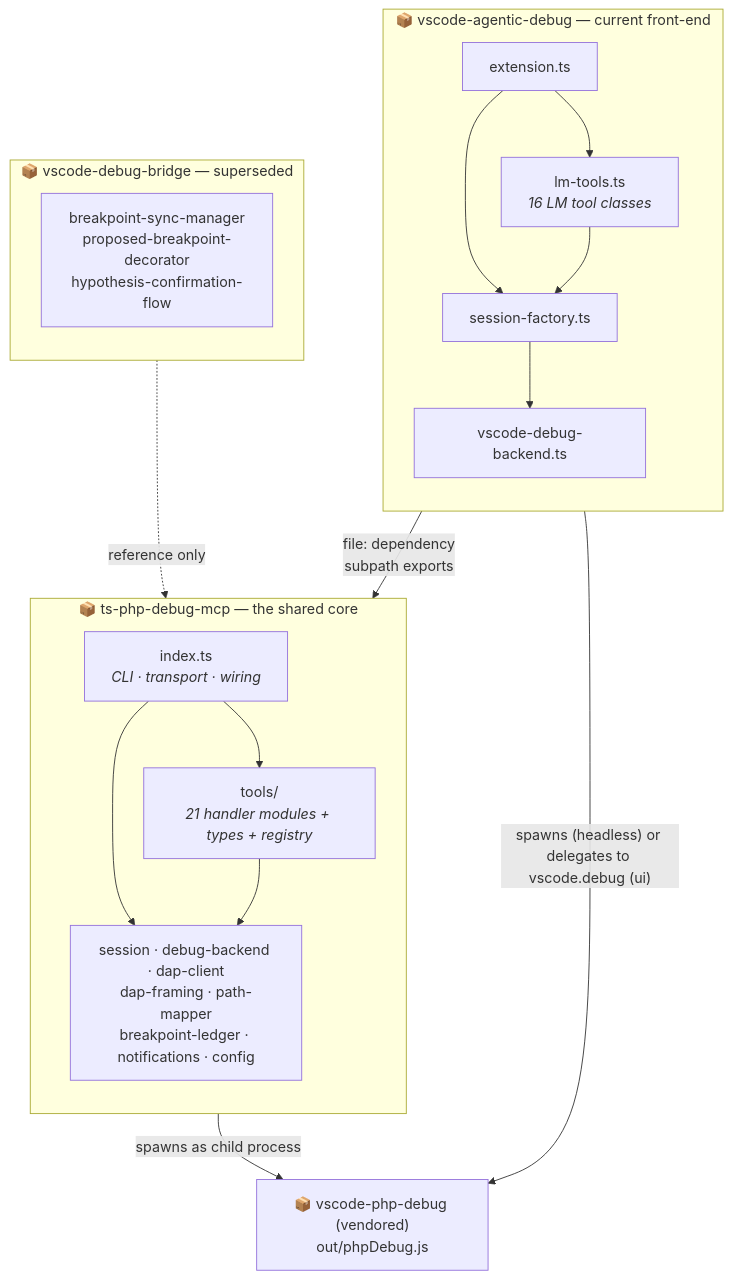
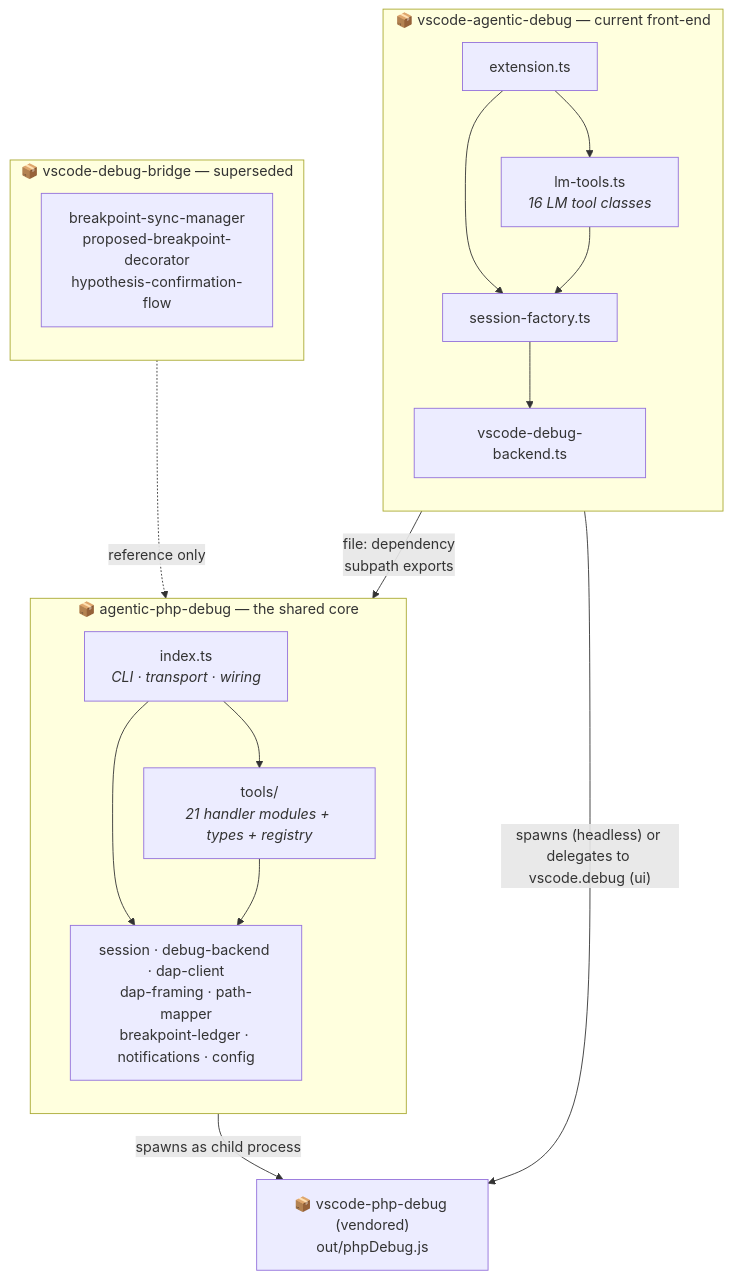
The second of 13 diagrams in docs/DESIGN.md (Lazur/agentic-php-debug), drawn with Mermaid before and after one commit. The commit also changed other lines of this file and 93 other files, not shown here.

````diff
--- a/docs/DESIGN.md
+++ b/docs/DESIGN.md
@@ -58,36 +58,36 @@
 ```mermaid
 flowchart TB
-    subgraph core["📦 ts-php-debug-mcp — the shared core"]
+    subgraph core["📦 agentic-php-debug — the shared core"]
         direction TB
         entry["index.ts<br/><i>CLI · transport · wiring</i>"]
         runtime["session · debug-backend · dap-client<br/>dap-framing · path-mapper<br/>breakpoint-ledger · notifications · config"]
         toolpkg["tools/<br/><i>21 handler modules + types + registry</i>"]
         entry --> runtime
         entry --> toolpkg
         toolpkg --> runtime
     end
 
     subgraph agentic["📦 vscode-agentic-debug — current front-end"]
         direction TB
         aext["extension.ts"]
         sf["session-factory.ts"]
         lmt["lm-tools.ts<br/><i>16 LM tool classes</i>"]
         vbackend["vscode-debug-backend.ts"]
         aext --> sf
         aext --> lmt
         lmt --> sf
         sf --> vbackend
     end
 
     subgraph bridge["📦 vscode-debug-bridge — superseded"]
         direction TB
         bsync["breakpoint-sync-manager<br/>proposed-breakpoint-decorator<br/>hypothesis-confirmation-flow"]
     end
 
     vendored["📦 vscode-php-debug (vendored)<br/>out/phpDebug.js"]
 
     agentic -- "file: dependency<br/>subpath exports" --> core
     bridge -. "reference only" .-> core
     core -- "spawns as child process" --> vendored
     agentic -- "spawns (headless) or delegates to vscode.debug (ui)" --> vendored
 ```
````
